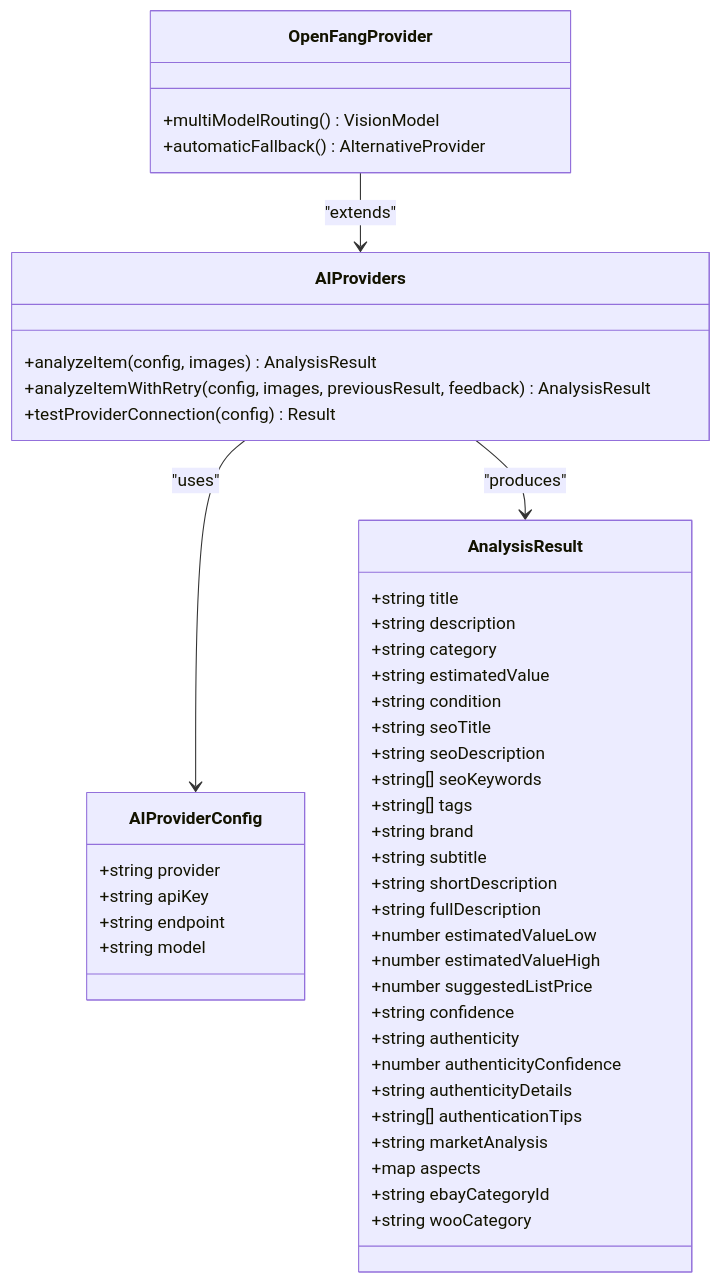
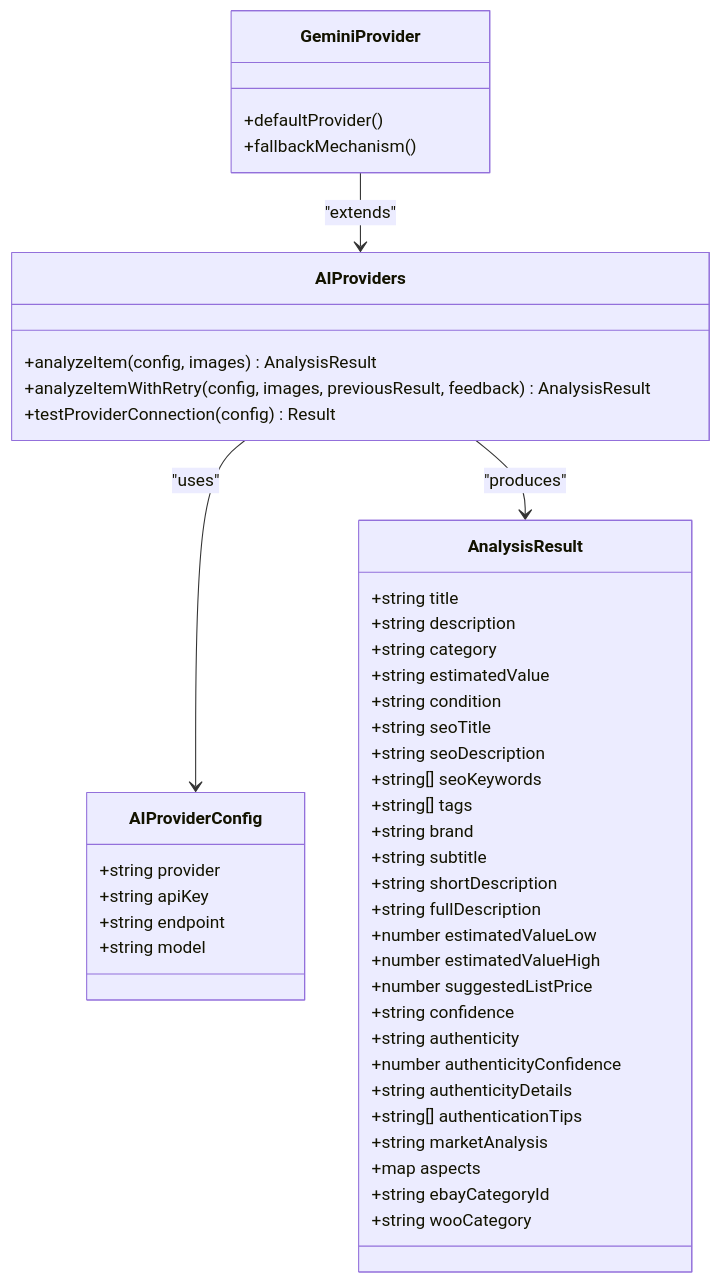
Before and after one commit to hunglevi87/Hidden-Gem: the fourth of 10 diagrams in .qoder/repowiki/en/content/Backend Services/API Endpoints/Analysis Endpoints.md, drawn with Mermaid. The commit also changed other lines of this file and 53 other files, not shown here.

First line of the commit message:
feat(ai-provider): set Gemini as default provider with OpenFang fallback

````diff
--- a/.qoder/repowiki/en/content/Backend Services/API Endpoints/Analysis Endpoints.md
+++ b/.qoder/repowiki/en/content/Backend Services/API Endpoints/Analysis Endpoints.md
@@ -238,48 +232,48 @@
 ```mermaid
 classDiagram
 class AIProviderConfig {
 +string provider
 +string apiKey
 +string endpoint
 +string model
 }
 class AnalysisResult {
 +string title
 +string description
 +string category
 +string estimatedValue
 +string condition
 +string seoTitle
 +string seoDescription
 +string[] seoKeywords
 +string[] tags
 +string brand
 +string subtitle
 +string shortDescription
 +string fullDescription
 +number estimatedValueLow
 +number estimatedValueHigh
 +number suggestedListPrice
 +string confidence
 +string authenticity
 +number authenticityConfidence
 +string authenticityDetails
 +string[] authenticationTips
 +string marketAnalysis
 +map aspects
 +string ebayCategoryId
 +string wooCategory
 }
 class AIProviders {
 +analyzeItem(config, images) AnalysisResult
 +analyzeItemWithRetry(config, images, previousResult, feedback) AnalysisResult
 +testProviderConnection(config) Result
 }
-class OpenFangProvider {
-+multiModelRouting() VisionModel
-+automaticFallback() AlternativeProvider
+class GeminiProvider {
++defaultProvider()
++fallbackMechanism()
 }
 AIProviders --> AIProviderConfig : "uses"
 AIProviders --> AnalysisResult : "produces"
-OpenFangProvider --> AIProviders : "extends"
+GeminiProvider --> AIProviders : "extends"
 ```
````
